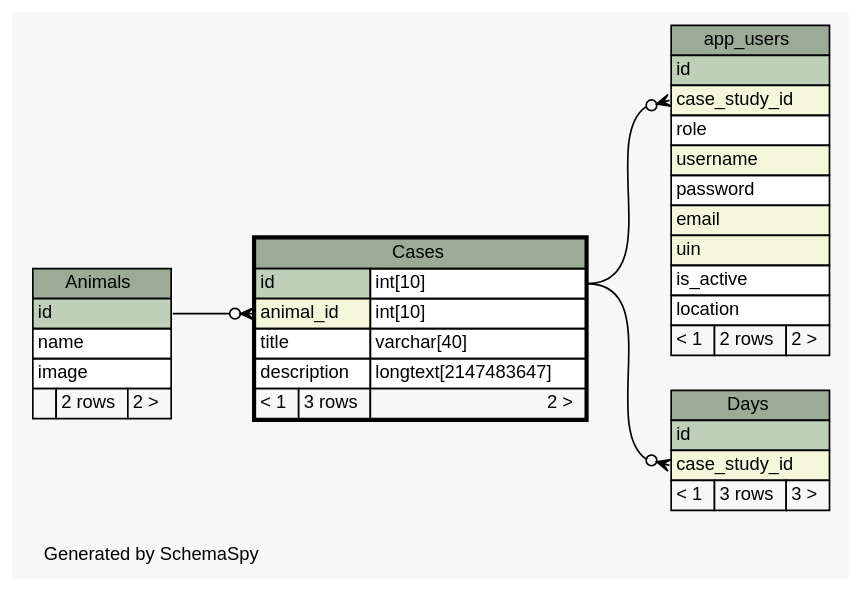
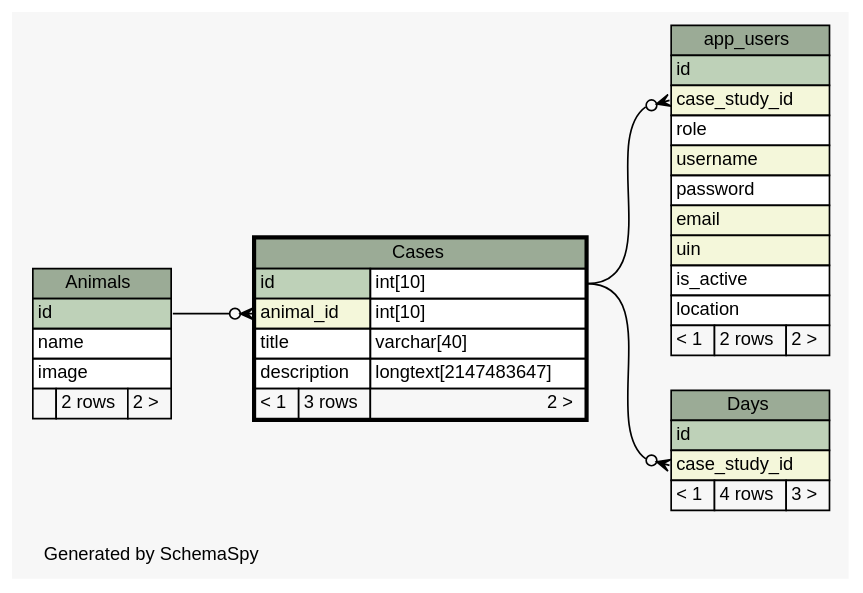
One commit to carrel2/CaseStudies changed the diagram in web/files/schema/diagrams/Cases.1degree.dot. Above: the diagram before and after it, drawn with Graphviz. The commit also changed 256 other files, not shown here.

```diff
--- a/web/files/schema/diagrams/Cases.1degree.dot
+++ b/web/files/schema/diagrams/Cases.1degree.dot
@@ -1,79 +1,79 @@
-// dot 2.38.0 on Linux 4.4.0-77-generic
+// dot 2.38.0 on Linux 4.4.0-78-generic
 // SchemaSpy rev 590
 digraph "oneDegreeRelationshipsDiagram" {
   graph [
     rankdir="RL"
     bgcolor="#f7f7f7"
     label="\nGenerated by SchemaSpy"
     labeljust="l"
     nodesep="0.18"
     ranksep="0.46"
     fontname="Helvetica"
     fontsize="11"
   ];
   node [
     fontname="Helvetica"
     fontsize="11"
     shape="plaintext"
   ];
   edge [
     arrowsize="0.8"
   ];
   "app_users":"case_study_id":w -> "Cases":"id.type":e [arrowhead=none dir=back arrowtail=crowodot];
   "Cases":"animal_id":w -> "Animals":"id":e [arrowhead=none dir=back arrowtail=crowodot];
   "Days":"case_study_id":w -> "Cases":"id.type":e [arrowhead=none dir=back arrowtail=crowodot];
   "Animals" [
     label=<
     <TABLE BORDER="0" CELLBORDER="1" CELLSPACING="0" BGCOLOR="#ffffff">
       <TR><TD COLSPAN="3" BGCOLOR="#9bab96" ALIGN="CENTER">Animals</TD></TR>
       <TR><TD PORT="id" COLSPAN="3" BGCOLOR="#bed1b8" ALIGN="LEFT">id</TD></TR>
       <TR><TD PORT="name" COLSPAN="3" ALIGN="LEFT">name</TD></TR>
       <TR><TD PORT="image" COLSPAN="3" ALIGN="LEFT">image</TD></TR>
       <TR><TD ALIGN="LEFT" BGCOLOR="#f7f7f7">  </TD><TD ALIGN="RIGHT" BGCOLOR="#f7f7f7">2 rows</TD><TD ALIGN="RIGHT" BGCOLOR="#f7f7f7">2 &gt;</TD></TR>
     </TABLE>>
     URL="Animals.html"
     tooltip="Animals"
   ];
   "app_users" [
     label=<
     <TABLE BORDER="0" CELLBORDER="1" CELLSPACING="0" BGCOLOR="#ffffff">
       <TR><TD COLSPAN="3" BGCOLOR="#9bab96" ALIGN="CENTER">app_users</TD></TR>
       <TR><TD PORT="id" COLSPAN="3" BGCOLOR="#bed1b8" ALIGN="LEFT">id</TD></TR>
       <TR><TD PORT="case_study_id" COLSPAN="3" BGCOLOR="#f4f7da" ALIGN="LEFT">case_study_id</TD></TR>
       <TR><TD PORT="role" COLSPAN="3" ALIGN="LEFT">role</TD></TR>
       <TR><TD PORT="username" COLSPAN="3" BGCOLOR="#f4f7da" ALIGN="LEFT">username</TD></TR>
       <TR><TD PORT="password" COLSPAN="3" ALIGN="LEFT">password</TD></TR>
       <TR><TD PORT="email" COLSPAN="3" BGCOLOR="#f4f7da" ALIGN="LEFT">email</TD></TR>
       <TR><TD PORT="uin" COLSPAN="3" BGCOLOR="#f4f7da" ALIGN="LEFT">uin</TD></TR>
       <TR><TD PORT="is_active" COLSPAN="3" ALIGN="LEFT">is_active</TD></TR>
       <TR><TD PORT="location" COLSPAN="3" ALIGN="LEFT">location</TD></TR>
       <TR><TD ALIGN="LEFT" BGCOLOR="#f7f7f7">&lt; 1</TD><TD ALIGN="RIGHT" BGCOLOR="#f7f7f7">2 rows</TD><TD ALIGN="RIGHT" BGCOLOR="#f7f7f7">2 &gt;</TD></TR>
     </TABLE>>
     URL="app_users.html"
     tooltip="app_users"
   ];
   "Cases" [
     label=<
     <TABLE BORDER="2" CELLBORDER="1" CELLSPACING="0" BGCOLOR="#ffffff">
       <TR><TD COLSPAN="3" BGCOLOR="#9bab96" ALIGN="CENTER">Cases</TD></TR>
       <TR><TD PORT="id" COLSPAN="2" BGCOLOR="#bed1b8" ALIGN="LEFT">id</TD><TD PORT="id.type" ALIGN="LEFT">int[10]</TD></TR>
       <TR><TD PORT="animal_id" COLSPAN="2" BGCOLOR="#f4f7da" ALIGN="LEFT">animal_id</TD><TD PORT="animal_id.type" ALIGN="LEFT">int[10]</TD></TR>
       <TR><TD PORT="title" COLSPAN="2" ALIGN="LEFT">title</TD><TD PORT="title.type" ALIGN="LEFT">varchar[40]</TD></TR>
       <TR><TD PORT="description" COLSPAN="2" ALIGN="LEFT">description</TD><TD PORT="description.type" ALIGN="LEFT">longtext[2147483647]</TD></TR>
       <TR><TD ALIGN="LEFT" BGCOLOR="#f7f7f7">&lt; 1</TD><TD ALIGN="RIGHT" BGCOLOR="#f7f7f7">3 rows</TD><TD ALIGN="RIGHT" BGCOLOR="#f7f7f7">2 &gt;</TD></TR>
     </TABLE>>
     URL="Cases.html"
     tooltip="Cases"
   ];
   "Days" [
     label=<
     <TABLE BORDER="0" CELLBORDER="1" CELLSPACING="0" BGCOLOR="#ffffff">
       <TR><TD COLSPAN="3" BGCOLOR="#9bab96" ALIGN="CENTER">Days</TD></TR>
       <TR><TD PORT="id" COLSPAN="3" BGCOLOR="#bed1b8" ALIGN="LEFT">id</TD></TR>
       <TR><TD PORT="case_study_id" COLSPAN="3" BGCOLOR="#f4f7da" ALIGN="LEFT">case_study_id</TD></TR>
-      <TR><TD ALIGN="LEFT" BGCOLOR="#f7f7f7">&lt; 1</TD><TD ALIGN="RIGHT" BGCOLOR="#f7f7f7">3 rows</TD><TD ALIGN="RIGHT" BGCOLOR="#f7f7f7">3 &gt;</TD></TR>
+      <TR><TD ALIGN="LEFT" BGCOLOR="#f7f7f7">&lt; 1</TD><TD ALIGN="RIGHT" BGCOLOR="#f7f7f7">4 rows</TD><TD ALIGN="RIGHT" BGCOLOR="#f7f7f7">3 &gt;</TD></TR>
     </TABLE>>
     URL="Days.html"
     tooltip="Days"
   ];
 }
```
